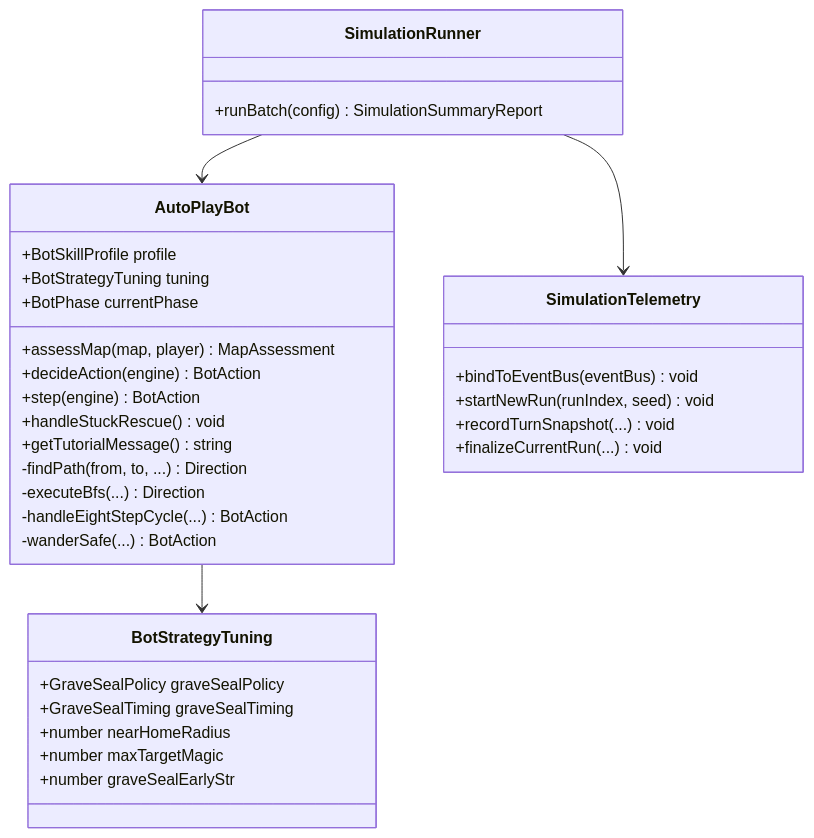
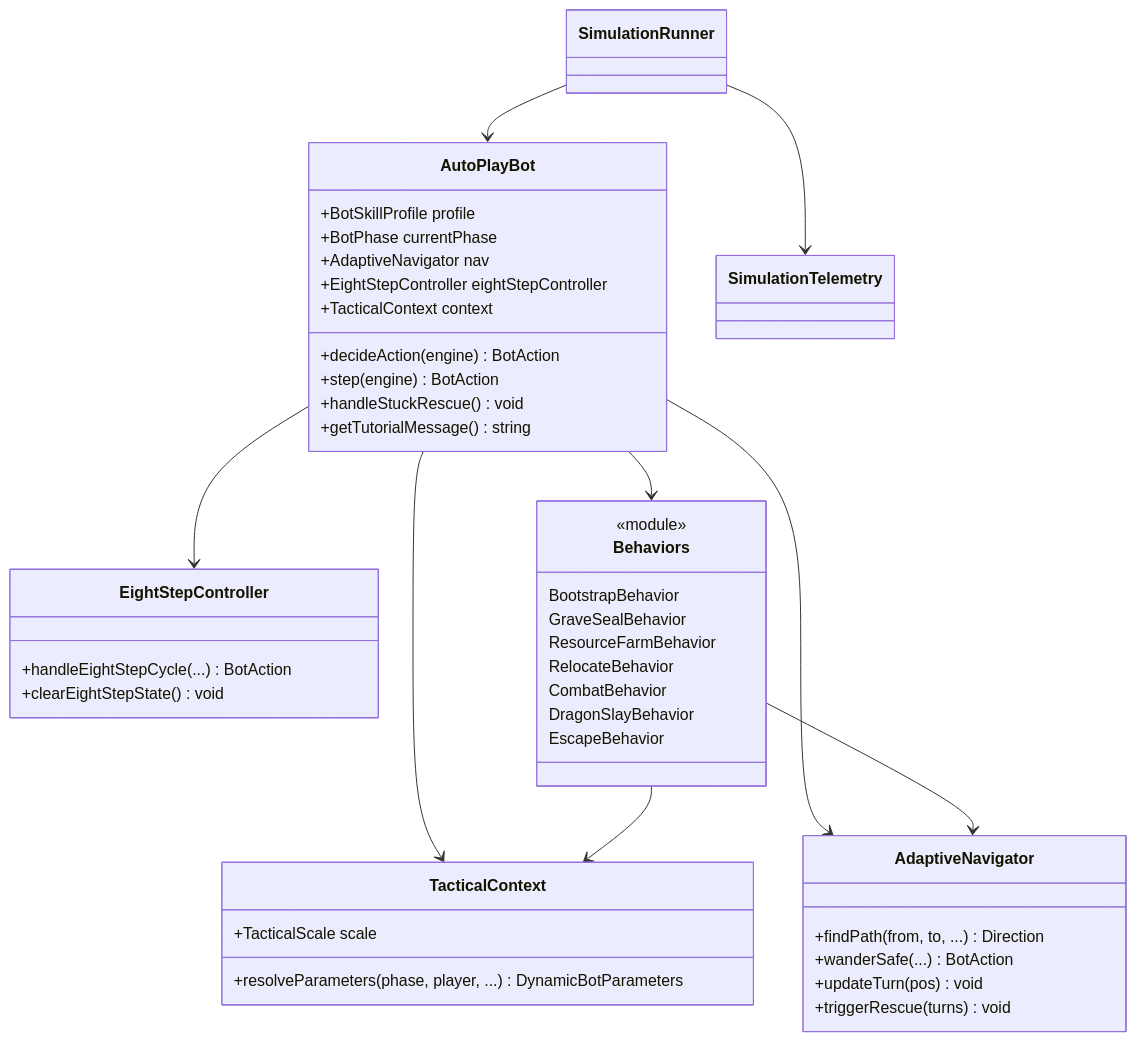
One commit to e3sh/ds1 changed the third of 5 diagrams in docs/architecture/technical_design.md. Above: the diagram before and after it, drawn with Mermaid. The commit also changed other lines of this file and 54 other files, not shown here.

Commit message:
Refactor AutoPlayBot: Promote v2 to primary AI, clean up legacy v1 files and update documentation

````diff
--- a/docs/architecture/technical_design.md
+++ b/docs/architecture/technical_design.md
@@ -406,40 +412,51 @@
 ```mermaid
 classDiagram
     class AutoPlayBot {
         +BotSkillProfile profile
-        +BotStrategyTuning tuning
         +BotPhase currentPhase
-        +assessMap(map, player) MapAssessment
+        +AdaptiveNavigator nav
+        +EightStepController eightStepController
+        +TacticalContext context
         +decideAction(engine) BotAction
         +step(engine) BotAction
         +handleStuckRescue() void
         +getTutorialMessage() string
-        -findPath(from, to, ...) Direction
-        -executeBfs(...) Direction
-        -handleEightStepCycle(...) BotAction
-        -wanderSafe(...) BotAction
     }
 
-    class BotStrategyTuning {
-        +GraveSealPolicy graveSealPolicy
-        +GraveSealTiming graveSealTiming
-        +number nearHomeRadius
-        +number maxTargetMagic
-        +number graveSealEarlyStr
+    class TacticalContext {
+        +TacticalScale scale
+        +resolveParameters(phase, player, ...) DynamicBotParameters
     }
 
-    class SimulationRunner {
-        +runBatch(config) SimulationSummaryReport
+    class AdaptiveNavigator {
+        +findPath(from, to, ...) Direction
+        +wanderSafe(...) BotAction
+        +updateTurn(pos) void
+        +triggerRescue(turns) void
     }
 
-    class SimulationTelemetry {
-        +bindToEventBus(eventBus) void
-        +startNewRun(runIndex, seed) void
-        +recordTurnSnapshot(...) void
-        +finalizeCurrentRun(...) void
+    class EightStepController {
+        +handleEightStepCycle(...) BotAction
+        +clearEightStepState() void
     }
 
-    AutoPlayBot --> BotStrategyTuning
+    class Behaviors {
+        <<module>>
+        BootstrapBehavior
+        GraveSealBehavior
+        ResourceFarmBehavior
+        RelocateBehavior
+        CombatBehavior
+        DragonSlayBehavior
+        EscapeBehavior
+    }
+
+    AutoPlayBot --> TacticalContext
+    AutoPlayBot --> AdaptiveNavigator
+    AutoPlayBot --> EightStepController
+    AutoPlayBot --> Behaviors
+    Behaviors --> AdaptiveNavigator
+    Behaviors --> TacticalContext
     SimulationRunner --> AutoPlayBot
     SimulationRunner --> SimulationTelemetry
 ```
````
